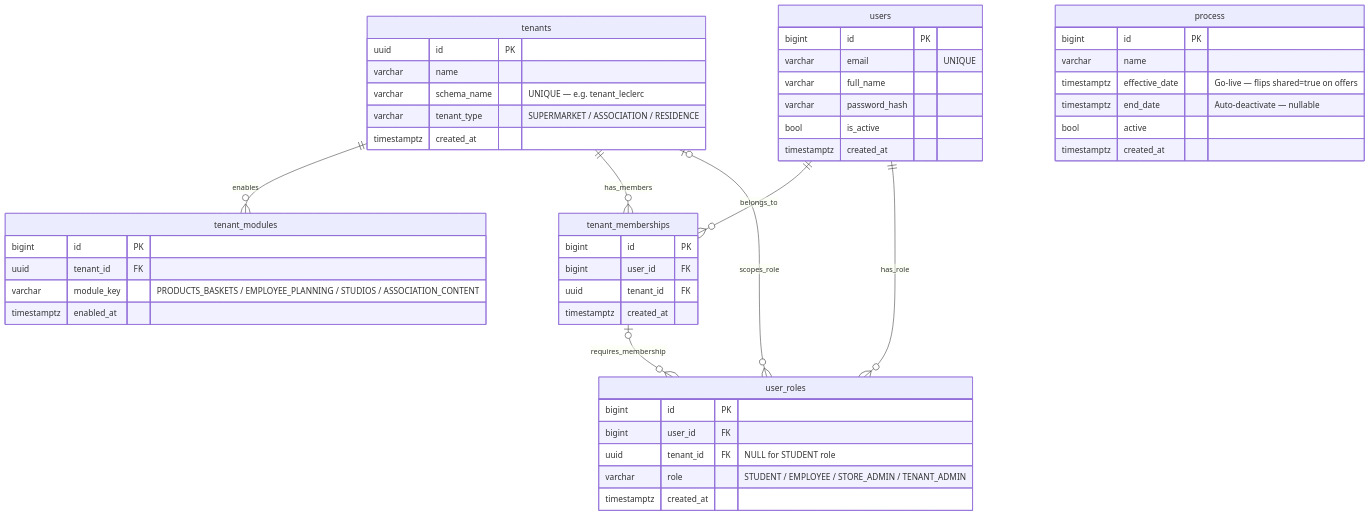
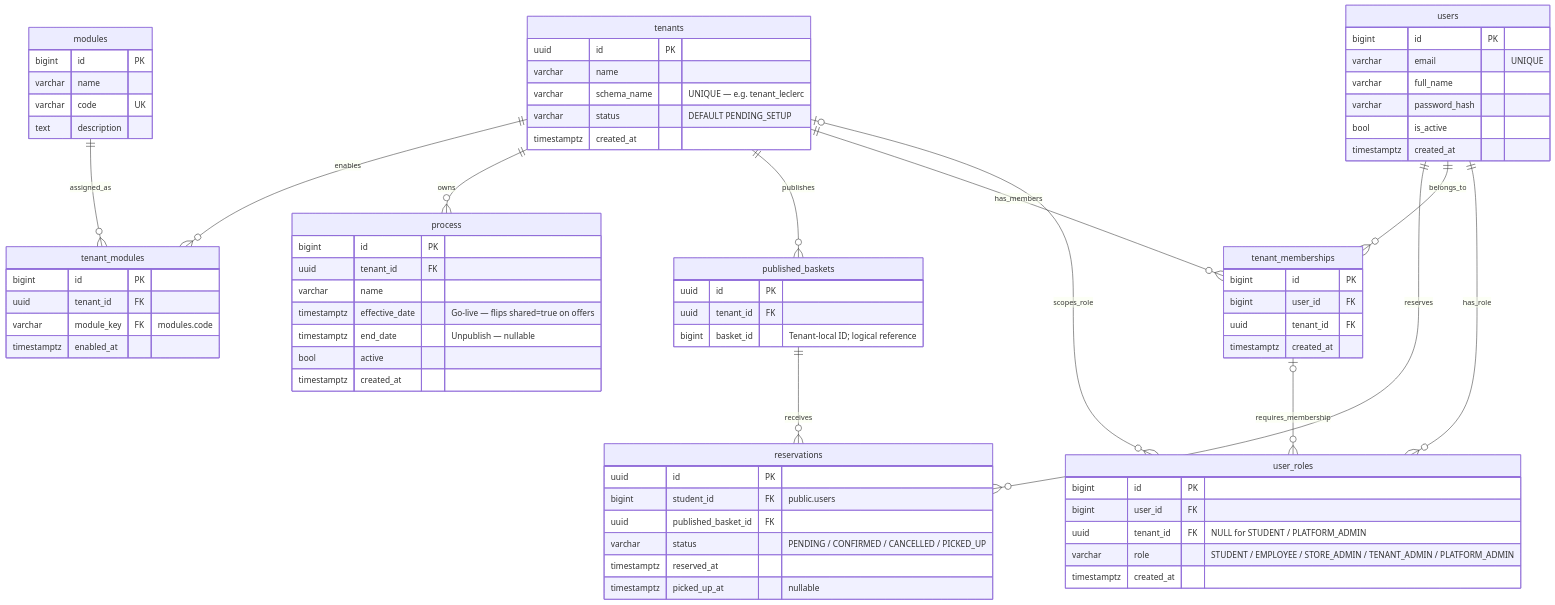
The first of 2 diagrams in Database-Schema-LiveV1.md (lyn-rml/B2B2C_Multi-Tenant_SaaS), drawn with Mermaid before and after one commit. The commit also changed other lines of this file and 33 other files, not shown here.

````diff
--- a/Database-Schema-LiveV1.md
+++ b/Database-Schema-LiveV1.md
@@ -14,6 +15,11 @@
 ```mermaid
 erDiagram
     tenants ||--o{ tenant_modules : enables
+    modules ||--o{ tenant_modules : assigned_as
+    tenants ||--o{ process : owns
+    tenants ||--o{ published_baskets : publishes
+    users ||--o{ reservations : reserves
+    published_baskets ||--o{ reservations : receives
     tenants ||--o{ tenant_memberships : has_members
     users   ||--o{ tenant_memberships : belongs_to
     users   ||--o{ user_roles : has_role
@@ -24,14 +30,21 @@
         uuid        id          PK
         varchar     name
         varchar     schema_name "UNIQUE — e.g. tenant_leclerc"
-        varchar     tenant_type "SUPERMARKET / ASSOCIATION / RESIDENCE"
+        varchar     status      "DEFAULT PENDING_SETUP"
         timestamptz created_at
+    }
+
+    modules {
+        bigint      id          PK
+        varchar     name
+        varchar     code        UK
+        text        description
     }
 
     tenant_modules {
         bigint      id          PK
         uuid        tenant_id   FK
-        varchar     module_key  "PRODUCTS_BASKETS / EMPLOYEE_PLANNING / STUDIOS / ASSOCIATION_CONTENT"
+        varchar     module_key  FK "modules.code"
         timestamptz enabled_at
     }
 
@@ -54,17 +67,33 @@
     user_roles {
         bigint      id          PK
         bigint      user_id     FK
-        uuid        tenant_id   FK "NULL for STUDENT role"
-        varchar     role        "STUDENT / EMPLOYEE / STORE_ADMIN / TENANT_ADMIN"
+        uuid        tenant_id   FK "NULL for STUDENT / PLATFORM_ADMIN"
+        varchar     role        "STUDENT / EMPLOYEE / STORE_ADMIN / TENANT_ADMIN / PLATFORM_ADMIN"
         timestamptz created_at
     }
 
     process {
         bigint      id             PK
+        uuid        tenant_id      FK
         varchar     name
         timestamptz effective_date "Go-live — flips shared=true on offers"
-        timestamptz end_date       "Auto-deactivate — nullable"
+        timestamptz end_date       "Unpublish — nullable"
         bool        active
         timestamptz created_at
     }
+
+    published_baskets {
+        uuid        id          PK
+        uuid        tenant_id   FK
+        bigint      basket_id   "Tenant-local ID; logical reference"
+    }
+
+    reservations {
+        uuid        id                  PK
+        bigint      student_id          FK "public.users"
+        uuid        published_basket_id FK
+        varchar     status              "PENDING / CONFIRMED / CANCELLED / PICKED_UP"
+        timestamptz reserved_at
+        timestamptz picked_up_at         "nullable"
+    }
 ```
````
